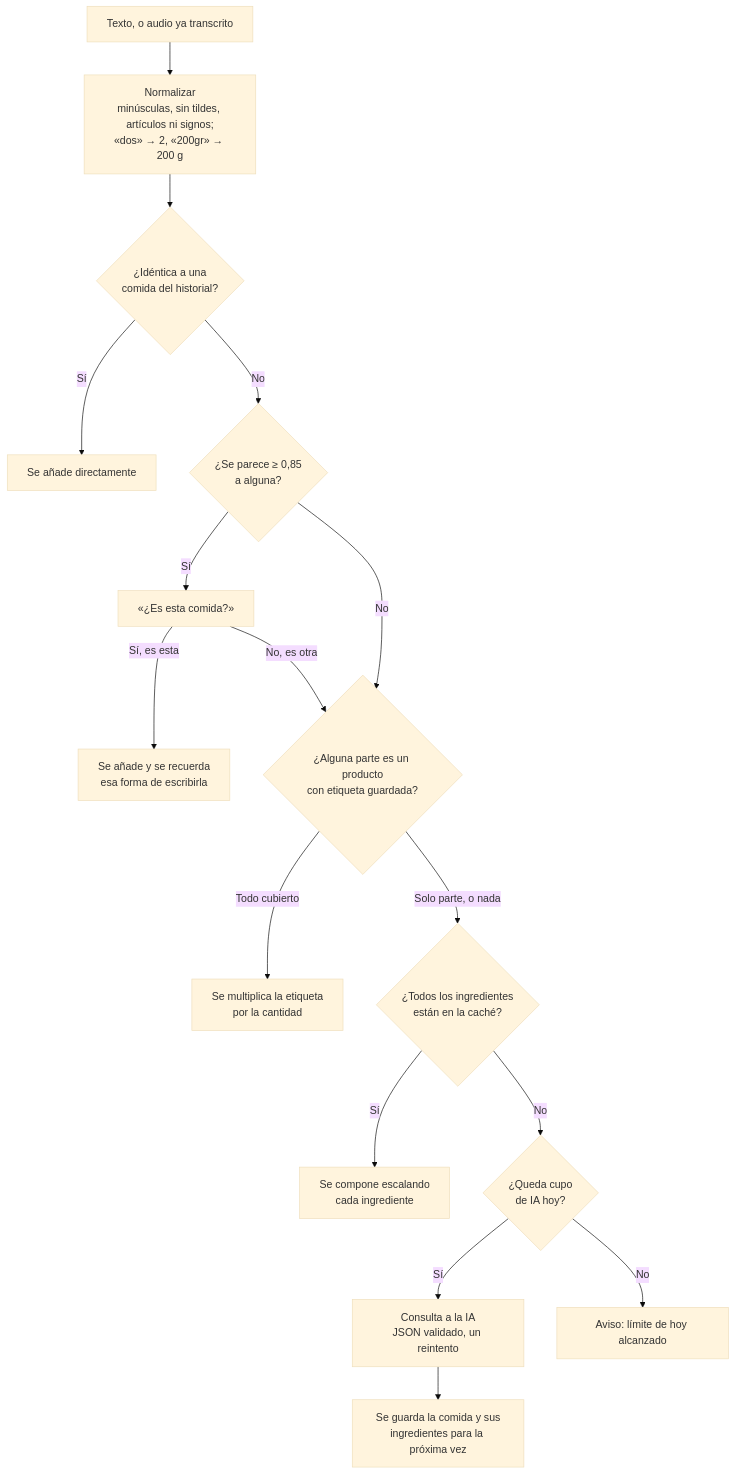
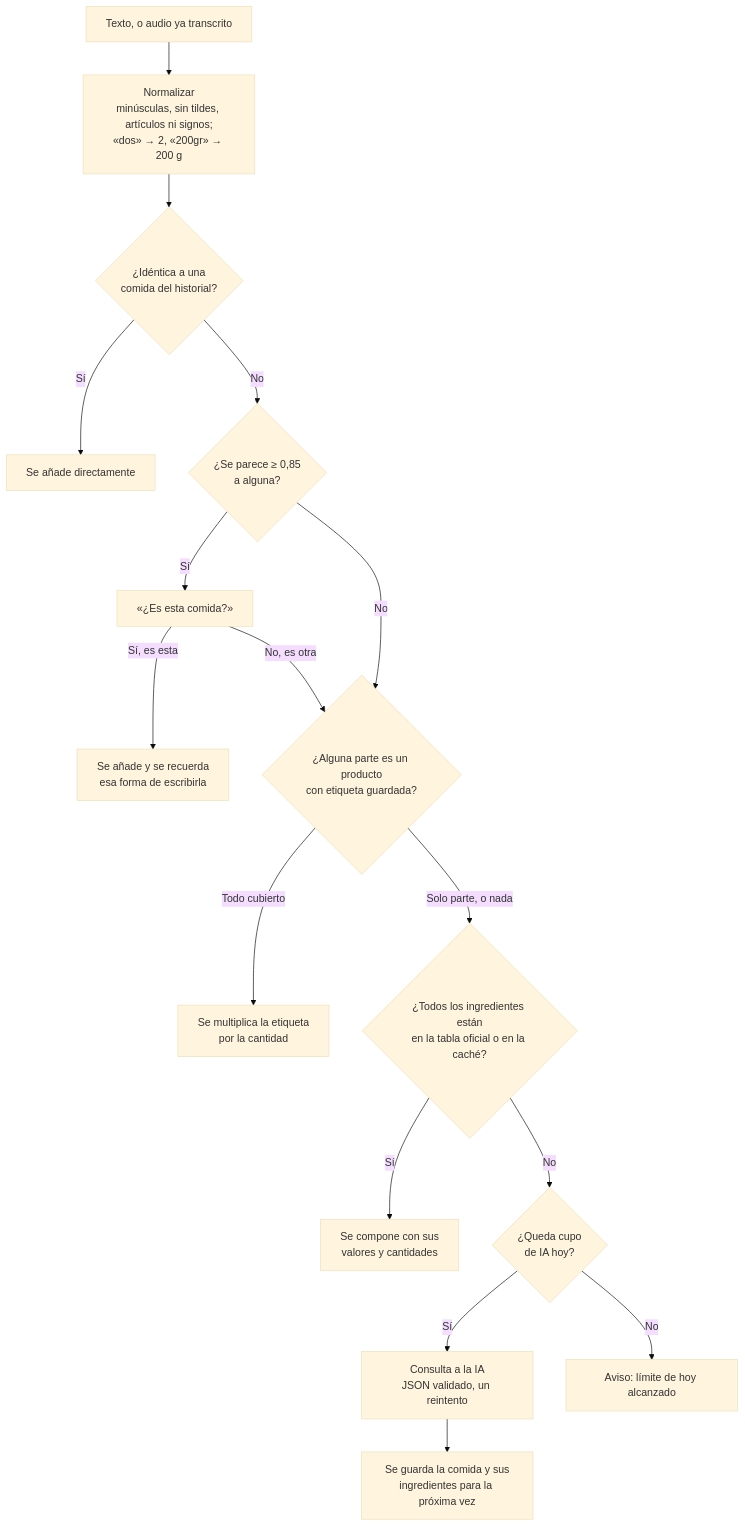
One commit to Alvaro-Rovira/kcalia changed the first of 2 diagrams in README.md. Above: the diagram before and after it, drawn with Mermaid (base theme). The commit also changed other lines of this file and 1 other file, not shown here.

````diff
--- a/README.md
+++ b/README.md
@@ -134,18 +165,18 @@
 ```mermaid
 flowchart TD
     A["Texto, o audio ya transcrito"] --> N["Normalizar<br/>minúsculas, sin tildes, artículos ni signos;<br/>«dos» → 2, «200gr» → 200 g"]
     N --> B{"¿Idéntica a una<br/>comida del historial?"}
     B -- Sí --> OK1["Se añade directamente"]
     B -- No --> C{"¿Se parece ≥ 0,85<br/>a alguna?"}
     C -- Sí --> Q["«¿Es esta comida?»"]
     Q -- "Sí, es esta" --> OK2["Se añade y se recuerda<br/>esa forma de escribirla"]
     Q -- "No, es otra" --> P
     C -- No --> P{"¿Alguna parte es un producto<br/>con etiqueta guardada?"}
     P -- "Todo cubierto" --> OK4["Se multiplica la etiqueta<br/>por la cantidad"]
-    P -- "Solo parte, o nada" --> D{"¿Todos los ingredientes<br/>están en la caché?"}
-    D -- Sí --> OK3["Se compone escalando<br/>cada ingrediente"]
+    P -- "Solo parte, o nada" --> D{"¿Todos los ingredientes están<br/>en la tabla oficial o en la caché?"}
+    D -- Sí --> OK3["Se compone con sus<br/>valores y cantidades"]
     D -- No --> L{"¿Queda cupo<br/>de IA hoy?"}
     L -- Sí --> IA["Consulta a la IA<br/>JSON validado, un reintento"]
     L -- No --> STOP["Aviso: límite de hoy alcanzado"]
     IA --> LEARN["Se guarda la comida y sus<br/>ingredientes para la próxima vez"]
 ```
````
